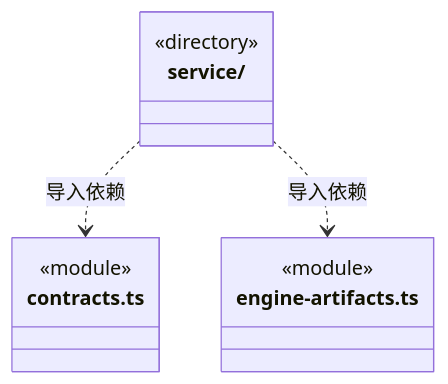
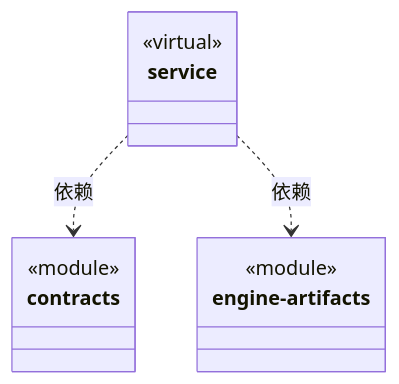
Before and after one commit to nan023062/cbim: the diagram in src/logic/updates/ARCHITECTURE.md, drawn with Mermaid. The commit also changed other lines of this file and 158 other files, not shown here.

Commit message:
docs: model architecture through nested virtual encapsulations

````diff
--- a/src/logic/updates/ARCHITECTURE.md
+++ b/src/logic/updates/ARCHITECTURE.md
@@ -48,14 +22,17 @@
 ```mermaid
 classDiagram
-class N_src_logic_updates_service["service/"] {
-  <<directory>>
+class N_00984d846263["service"] {
+  <<virtual>>
 }
-class N_src_logic_updates_contracts_ts["contracts.ts"] {
+click N_00984d846263 href "service/ARCHITECTURE.md"
+class N_94b5770293a5["contracts"] {
   <<module>>
 }
-class N_src_logic_updates_engine_artifacts_ts["engine-artifacts.ts"] {
+click N_94b5770293a5 href "contracts.ts"
+class N_8385776f05ce["engine-artifacts"] {
   <<module>>
 }
-N_src_logic_updates_service ..> N_src_logic_updates_contracts_ts : 导入依赖
-N_src_logic_updates_service ..> N_src_logic_updates_engine_artifacts_ts : 导入依赖
+click N_8385776f05ce href "engine-artifacts.ts"
+N_00984d846263 ..> N_94b5770293a5 : 依赖
+N_00984d846263 ..> N_8385776f05ce : 依赖
 ```
````
